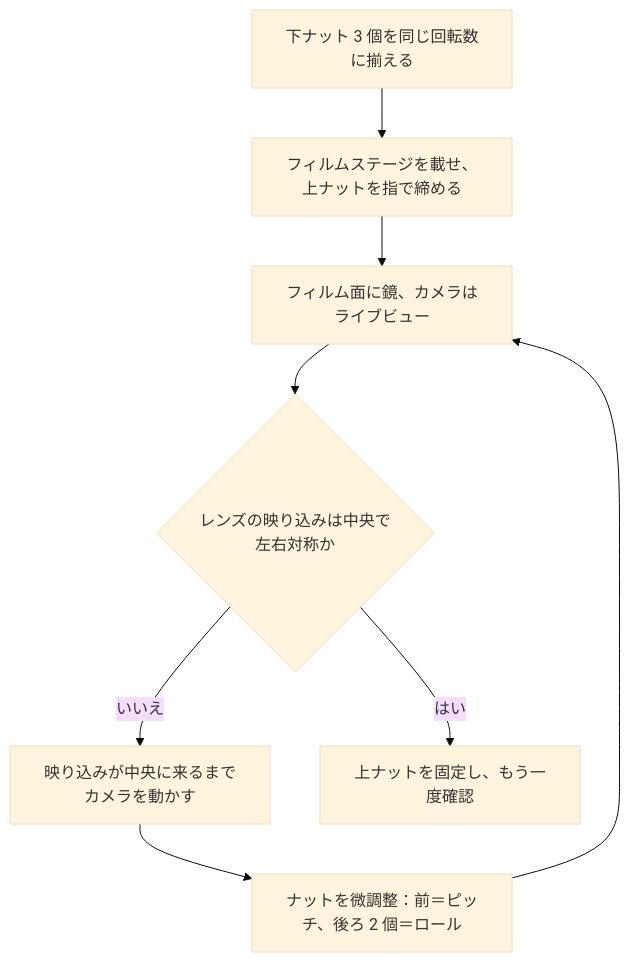
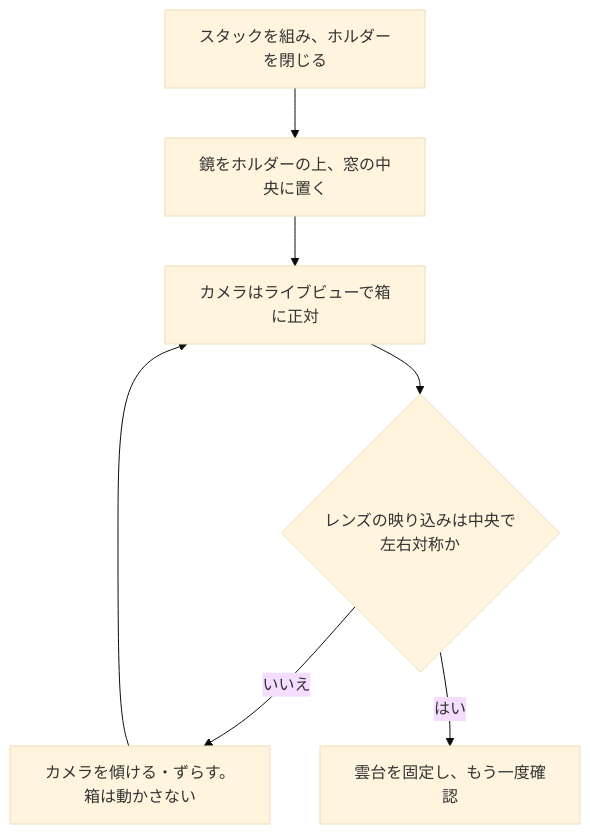
The diagram in docs/assembly.ja.md (Neoanaloglab/Neobox), drawn with Mermaid (base theme) before and after one commit. The commit also changed other lines of this file and 30 other files, not shown here.

````diff
--- a/docs/assembly.ja.md
+++ b/docs/assembly.ja.md
@@ -218,10 +141,9 @@
 ```mermaid
 flowchart TD
-    A[下ナット 3 個を同じ回転数に揃える] --> B[フィルムステージを載せ、上ナットを指で締める]
-    B --> C[フィルム面に鏡、カメラはライブビュー]
+    A[スタックを組み、ホルダーを閉じる] --> B[鏡をホルダーの上、窓の中央に置く]
+    B --> C[カメラはライブビューで箱に正対]
     C --> D{レンズの映り込みは中央で左右対称か}
-    D -- いいえ --> E[映り込みが中央に来るまでカメラを動かす]
-    E --> F[ナットを微調整：前＝ピッチ、後ろ 2 個＝ロール]
-    F --> C
-    D -- はい --> G[上ナットを固定し、もう一度確認]
+    D -- いいえ --> E[カメラを傾ける・ずらす。箱は動かさない]
+    E --> C
+    D -- はい --> F[雲台を固定し、もう一度確認]
 ```
````
